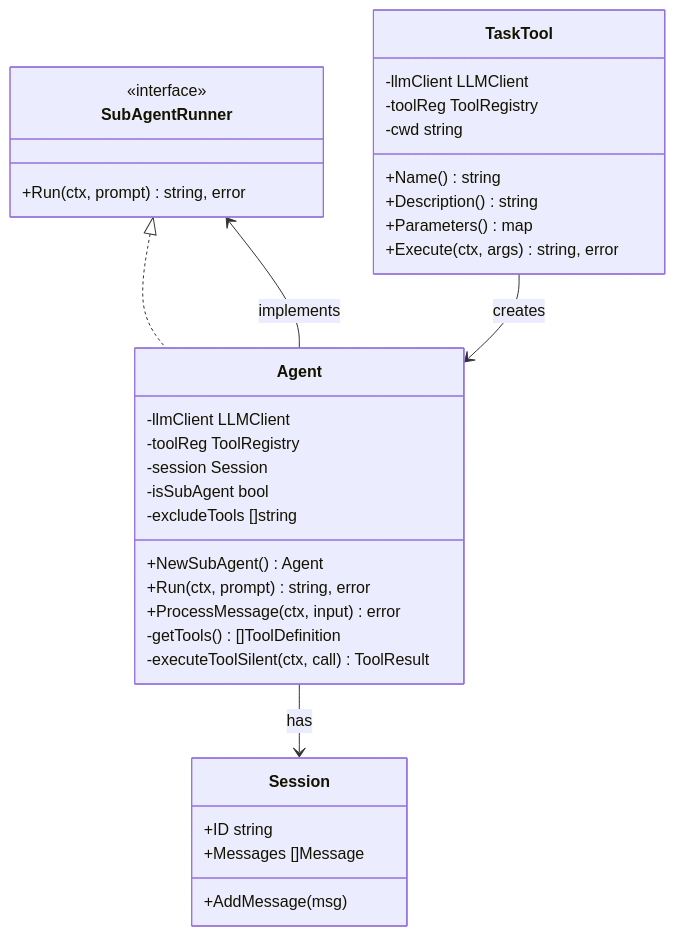
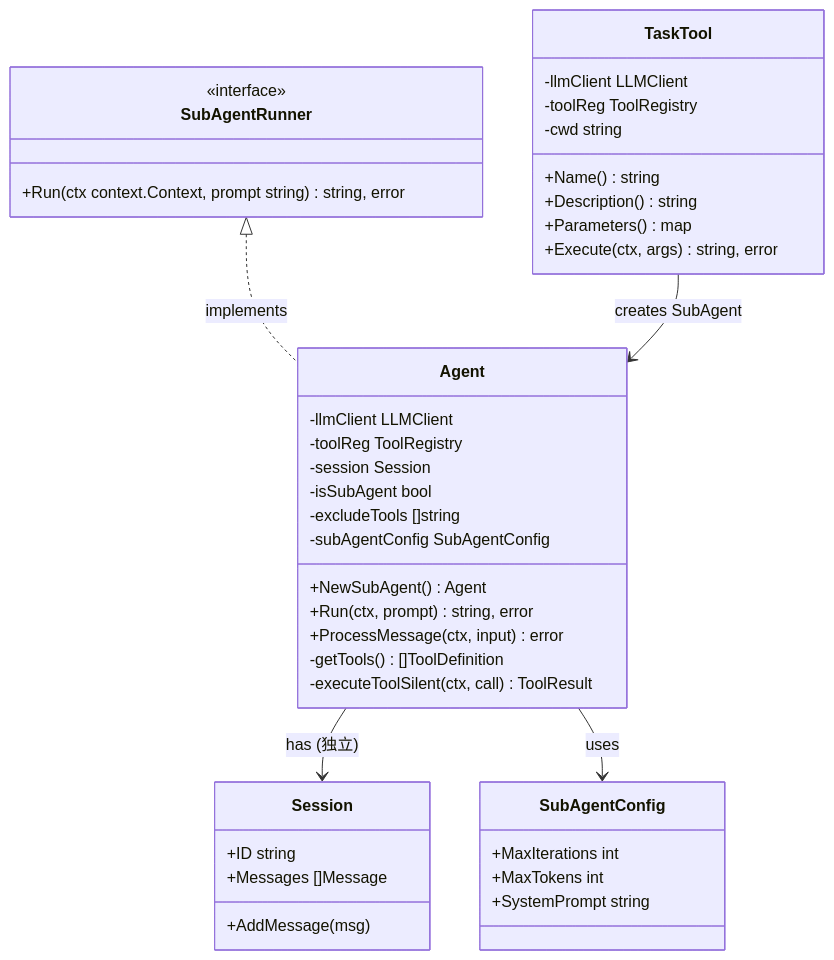
The fourth of 13 diagrams in docs/source-analysis/04-subagent.md (friendlyhank/copilot), drawn with Mermaid before and after one commit. The commit also changed other lines of this file and 4 other files, not shown here.

````diff
--- a/docs/source-analysis/04-subagent.md
+++ b/docs/source-analysis/04-subagent.md
@@ -460,41 +96,48 @@
 ```mermaid
 classDiagram
     class SubAgentRunner {
         <<interface>>
-        +Run(ctx, prompt) string, error
+        +Run(ctx context.Context, prompt string) string, error
+    }
+    
+    class SubAgentConfig {
+        +MaxIterations int
+        +MaxTokens int
+        +SystemPrompt string
     }
     
     class TaskTool {
         -llmClient LLMClient
         -toolReg ToolRegistry
         -cwd string
         +Name() string
         +Description() string
         +Parameters() map
         +Execute(ctx, args) string, error
     }
     
     class Agent {
         -llmClient LLMClient
         -toolReg ToolRegistry
         -session Session
         -isSubAgent bool
         -excludeTools []string
+        -subAgentConfig SubAgentConfig
         +NewSubAgent() Agent
         +Run(ctx, prompt) string, error
         +ProcessMessage(ctx, input) error
         -getTools() []ToolDefinition
         -executeToolSilent(ctx, call) ToolResult
     }
     
     class Session {
         +ID string
         +Messages []Message
         +AddMessage(msg)
     }
     
-    SubAgentRunner <|.. Agent
-    TaskTool --> Agent : creates
-    Agent --> Session : has
-    Agent --> SubAgentRunner : implements
+    SubAgentRunner <|.. Agent : implements
+    TaskTool --> Agent : creates SubAgent
+    Agent --> Session : has (独立)
+    Agent --> SubAgentConfig : uses
 ```
````
